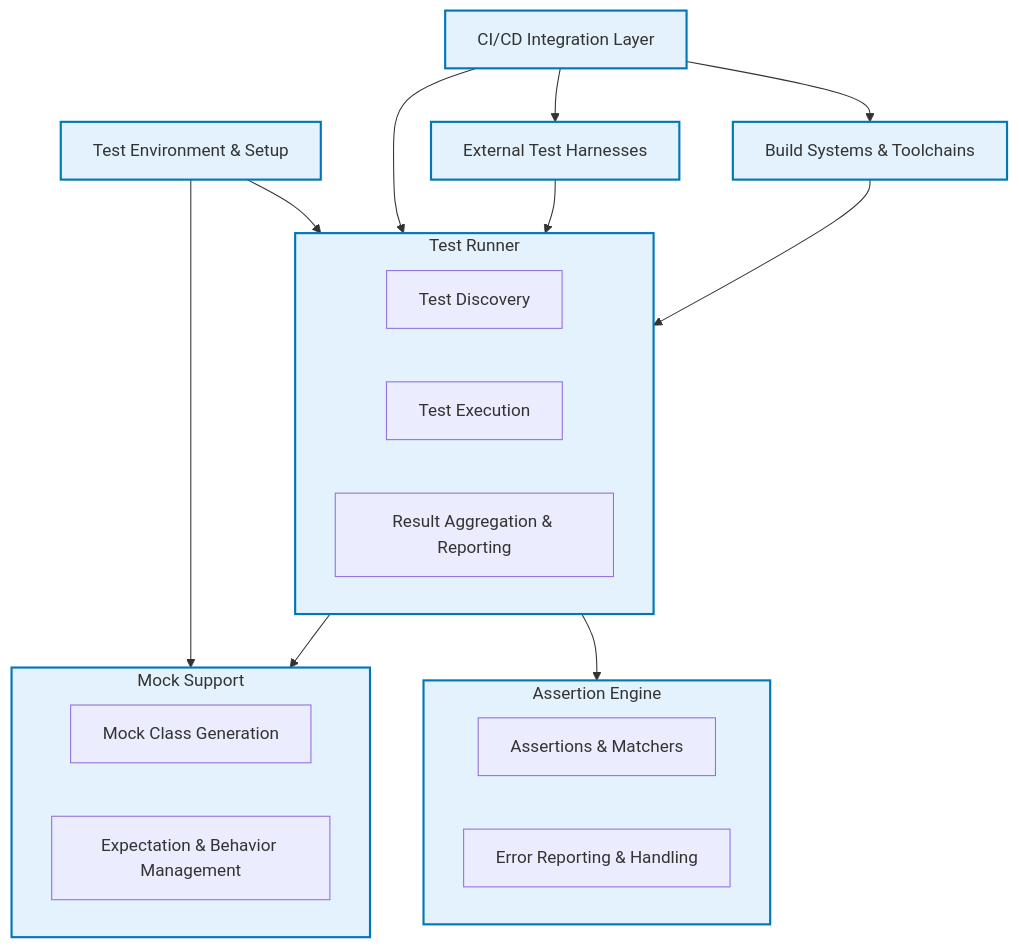
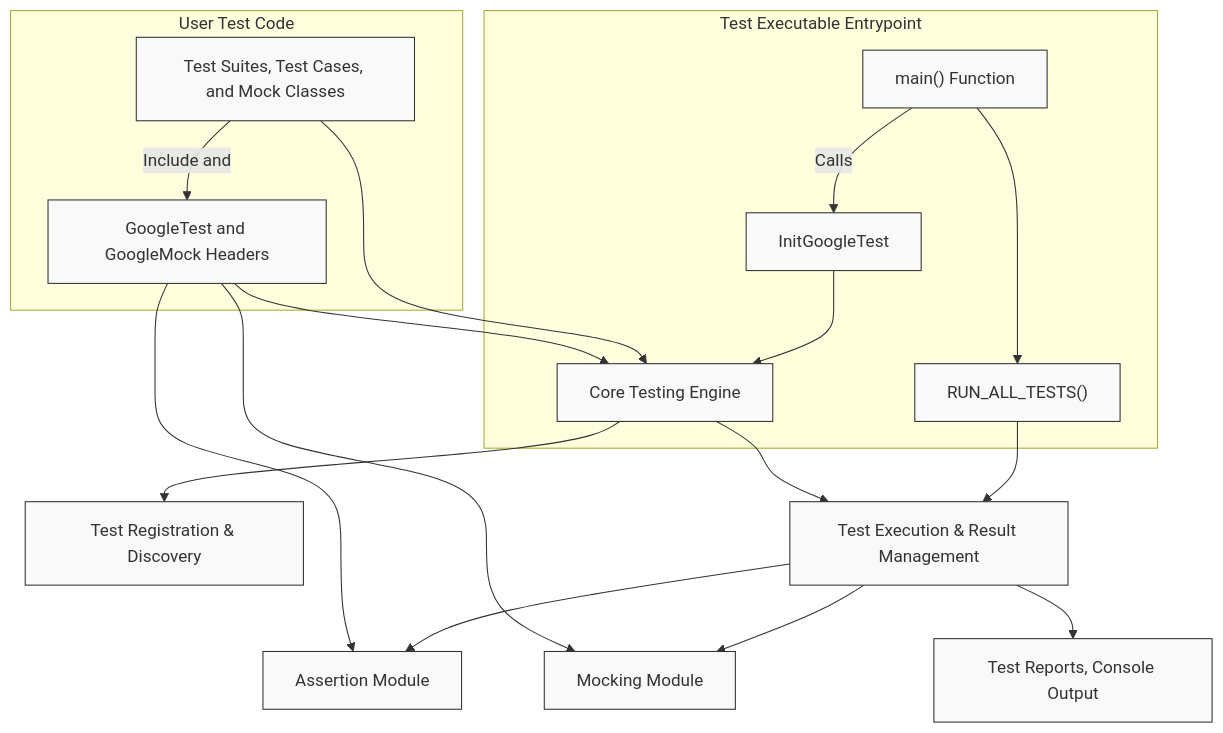
Before and after one commit to clidey/docucod-public-project-869ef7c3-7eff-4ad2-9765-2698303f14d7: the diagram in overview/architecture-concepts/architecture-overview.mdx, drawn with Mermaid. The commit also changed other lines of this file and 45 other files, not shown here.

````diff
--- a/overview/architecture-concepts/architecture-overview.mdx
+++ b/overview/architecture-concepts/architecture-overview.mdx
@@ -14,44 +28,35 @@
 ```mermaid
 flowchart TD
 
-  subgraph AssertionEngine["Assertion Engine"]
-    Assertions["Assertions & Matchers"]
-    ErrorHandling["Error Reporting & Handling"]
+  subgraph "User Test Code"
+    UserTests["Test Suites, Test Cases, and Mock Classes"]
+    UserTests -->|Include <gtest/gtest.h> and <gmock/gmock.h>| Headers
   end
 
-  subgraph MockingSupport["Mock Support"]
-    MockClasses["Mock Class Generation"]
-    ExpectationManagement["Expectation & Behavior Management"]
+  Headers["GoogleTest and GoogleMock Headers"] --> CoreEngine["Core Testing Engine"]
+  Headers --> AssertionModule["Assertion Module"]
+  Headers --> MockingModule["Mocking Module"]
+
+  UserTests --> CoreEngine
+
+  CoreEngine --> TestRegistry["Test Registration & Discovery"]
+  CoreEngine --> TestExecution["Test Execution & Result Management"]
+
+  TestExecution --> AssertionModule
+  TestExecution --> MockingModule
+
+  subgraph "Test Executable Entrypoint"
+    MainLauncher["main() Function"]
+    MainLauncher -->|Calls| InitGoogleTest
+    InitGoogleTest --> CoreEngine
+    MainLauncher --> RunAllTests["RUN_ALL_TESTS()"]
   end
 
-  subgraph TestRunner["Test Runner"]
-    TestDiscovery["Test Discovery"]
-    TestExecution["Test Execution"]
-    ResultAggregation["Result Aggregation & Reporting"]
-  end
+  RunAllTests --> TestExecution
+  TestExecution --> TestResult["Test Reports, Console Output"]
 
-  Environment["Test Environment & Setup"]
-  CIIntegration["CI/CD Integration Layer"]
+  %% Styling
+  classDef module fill:#f9f9f9,stroke:#333,stroke-width:1px;
+  class UserTests,Headers,CoreEngine,AssertionModule,MockingModule,TestRegistry,TestExecution,MainLauncher,InitGoogleTest,RunAllTests,TestResult module;
 
-  BuildSystem["Build Systems & Toolchains"]
-  ExternalTestHarness["External Test Harnesses"]
-
-  %% Relationships
-  TestRunner --> AssertionEngine
-  TestRunner --> MockingSupport
-
-  Environment --> TestRunner
-  Environment --> MockingSupport
-
-  CIIntegration --> TestRunner
-  CIIntegration --> BuildSystem
-  CIIntegration --> ExternalTestHarness
-
-  BuildSystem --> TestRunner
-  ExternalTestHarness --> TestRunner
-
-  %% Style
-  classDef component fill:#e3f2fd,stroke:#0177b7,stroke-width:2px;
-
-  class AssertionEngine,MockingSupport,TestRunner,Environment,CIIntegration,BuildSystem,ExternalTestHarness component;
 ```
````
